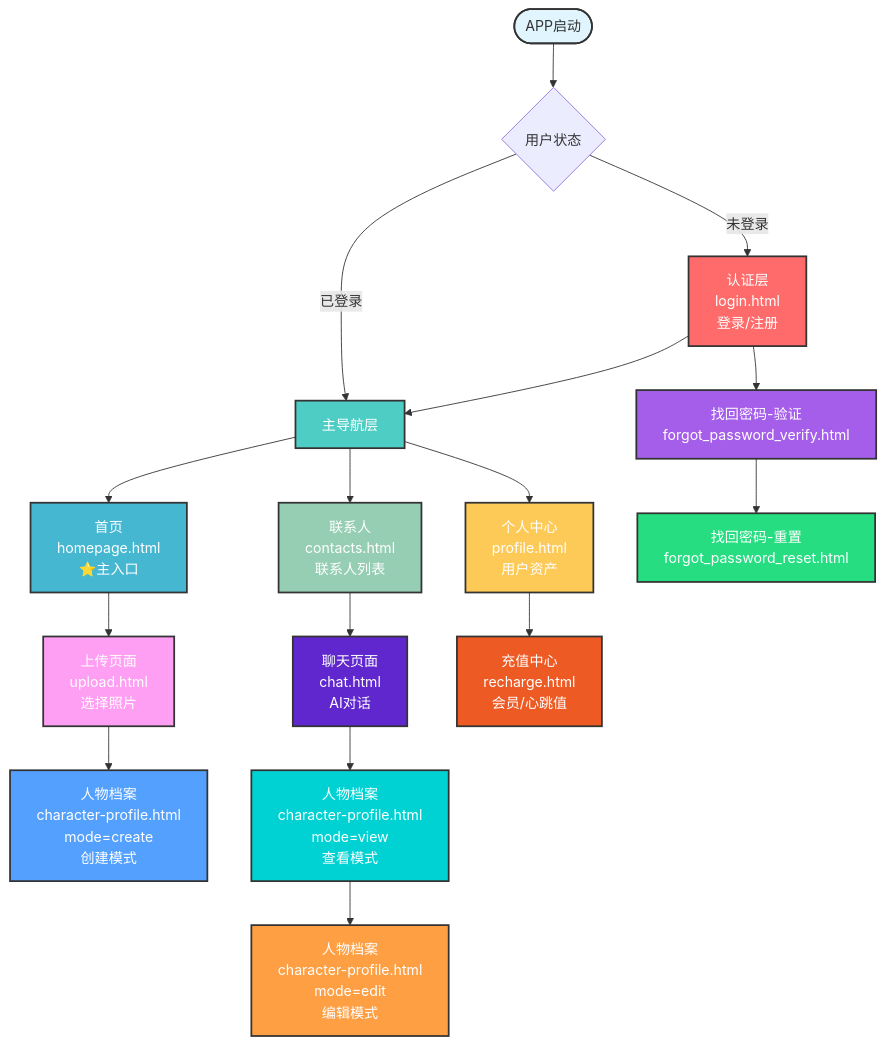
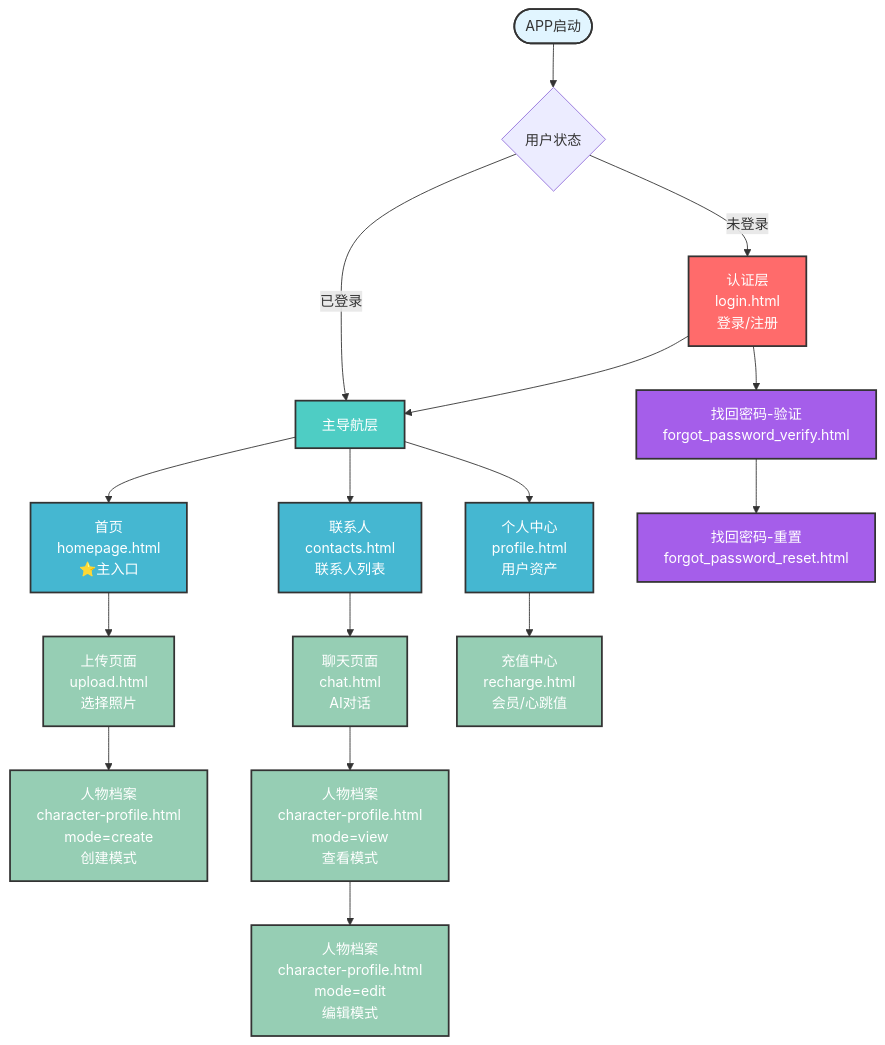
One commit to Cynthiafu9508/Yunyang changed the first of 2 diagrams in 页面层级图.md. Above: the diagram before and after it, drawn with Mermaid. The commit also changed other lines of this file, not shown here.

````diff
--- a/页面层级图.md
+++ b/页面层级图.md
@@ -14,40 +14,40 @@
 ```mermaid
 graph TD
     Start([APP启动]) --> Auth{用户状态}
     
     Auth -->|未登录| Login[认证层<br/>login.html<br/>登录/注册]
     Auth -->|已登录| MainNav[主导航层]
     
     Login --> MainNav
     
     MainNav --> Tab1[首页<br/>homepage.html<br/>⭐主入口]
     MainNav --> Tab2[联系人<br/>contacts.html<br/>联系人列表]
     MainNav --> Tab3[个人中心<br/>profile.html<br/>用户资产]
     
     Tab1 --> Upload[上传页面<br/>upload.html<br/>选择照片]
     Upload --> CharCreate[人物档案<br/>character-profile.html<br/>mode=create<br/>创建模式]
     
     Tab2 --> Chat[聊天页面<br/>chat.html<br/>AI对话]
     Chat --> CharView[人物档案<br/>character-profile.html<br/>mode=view<br/>查看模式]
     CharView --> CharEdit[人物档案<br/>character-profile.html<br/>mode=edit<br/>编辑模式]
     
     Tab3 --> Recharge[充值中心<br/>recharge.html<br/>会员/心跳值]
     
     Login --> Forgot1[找回密码-验证<br/>forgot_password_verify.html]
     Forgot1 --> Forgot2[找回密码-重置<br/>forgot_password_reset.html]
     
     style Start fill:#e1f5ff,stroke:#333,stroke-width:2px
     style Login fill:#ff6b6b,stroke:#333,stroke-width:2px,color:#fff
     style MainNav fill:#4ecdc4,stroke:#333,stroke-width:2px,color:#fff
     style Tab1 fill:#45b7d1,stroke:#333,stroke-width:2px,color:#fff
-    style Tab2 fill:#96ceb4,stroke:#333,stroke-width:2px,color:#fff
-    style Tab3 fill:#feca57,stroke:#333,stroke-width:2px,color:#fff
-    style Upload fill:#ff9ff3,stroke:#333,stroke-width:2px,color:#fff
-    style CharCreate fill:#54a0ff,stroke:#333,stroke-width:2px,color:#fff
-    style Chat fill:#5f27cd,stroke:#333,stroke-width:2px,color:#fff
-    style CharView fill:#00d2d3,stroke:#333,stroke-width:2px,color:#fff
-    style CharEdit fill:#ff9f43,stroke:#333,stroke-width:2px,color:#fff
-    style Recharge fill:#ee5a24,stroke:#333,stroke-width:2px,color:#fff
+    style Tab2 fill:#45b7d1,stroke:#333,stroke-width:2px,color:#fff
+    style Tab3 fill:#45b7d1,stroke:#333,stroke-width:2px,color:#fff
+    style Upload fill:#96ceb4,stroke:#333,stroke-width:2px,color:#fff
+    style CharCreate fill:#96ceb4,stroke:#333,stroke-width:2px,color:#fff
+    style Chat fill:#96ceb4,stroke:#333,stroke-width:2px,color:#fff
+    style CharView fill:#96ceb4,stroke:#333,stroke-width:2px,color:#fff
+    style CharEdit fill:#96ceb4,stroke:#333,stroke-width:2px,color:#fff
+    style Recharge fill:#96ceb4,stroke:#333,stroke-width:2px,color:#fff
     style Forgot1 fill:#a55eea,stroke:#333,stroke-width:2px,color:#fff
-    style Forgot2 fill:#26de81,stroke:#333,stroke-width:2px,color:#fff
+    style Forgot2 fill:#a55eea,stroke:#333,stroke-width:2px,color:#fff
 ```
````
